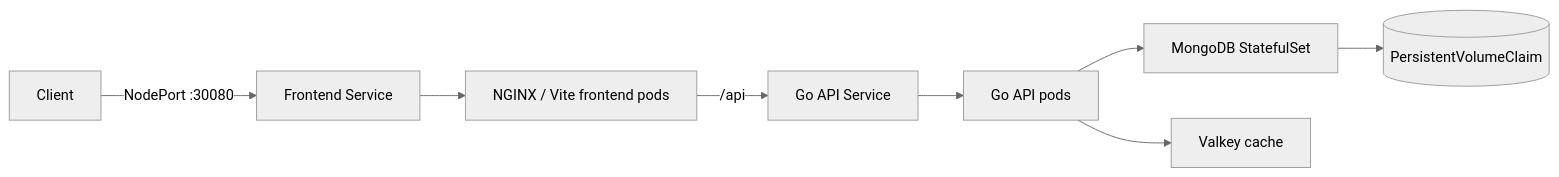
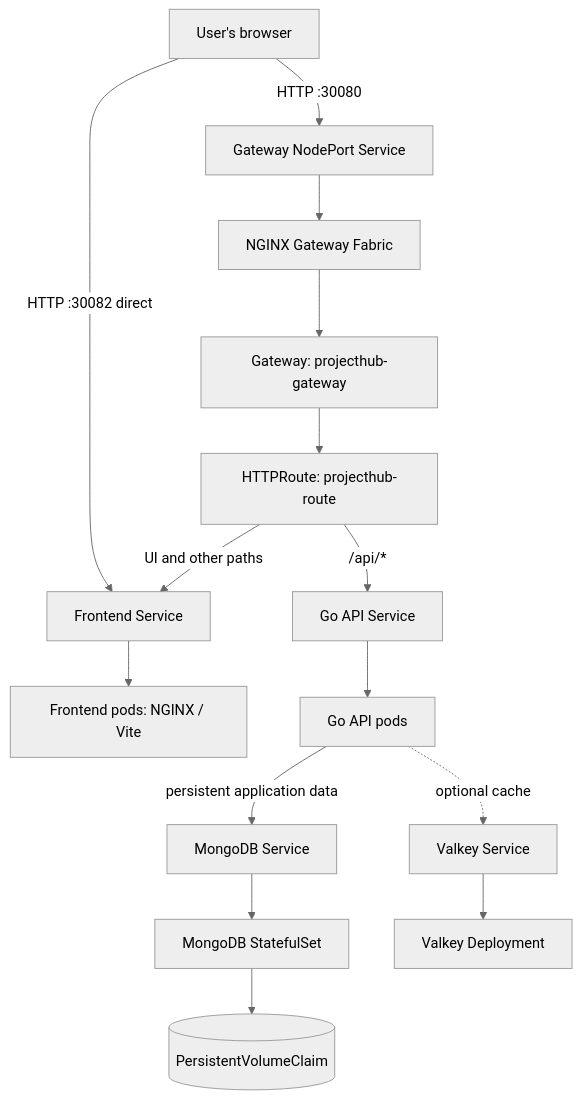
One commit to mahingaRodin/projecthub-platform changed the second of 2 diagrams in README.md. Above: the diagram before and after it, drawn with Mermaid (neutral theme). The commit also changed other lines of this file, not shown here.

Commit message:
docs: clarify ProjectHub deployment URLs and flows

````diff
--- a/README.md
+++ b/README.md
@@ -60,10 +63,17 @@
 ```mermaid
-flowchart LR
-    Client -->|NodePort :30080| FrontSvc["Frontend Service"]
-    FrontSvc --> FrontPods["NGINX / Vite frontend pods"]
-    FrontPods -->|/api| BackendSvc["Go API Service"]
-    BackendSvc --> BackendPods["Go API pods"]
-    BackendPods --> MongoSvc["MongoDB StatefulSet"]
-    BackendPods --> RedisSvc["Valkey cache"]
-    MongoSvc --> PVC[(PersistentVolumeClaim)]
+flowchart TD
+    Client["User's browser"] -->|HTTP :30080| GatewayService["Gateway NodePort Service"]
+    Client -->|HTTP :30082 direct| FrontendService["Frontend Service"]
+    GatewayService --> NGF["NGINX Gateway Fabric"]
+    NGF --> Gateway["Gateway: projecthub-gateway"]
+    Gateway --> Route["HTTPRoute: projecthub-route"]
+    Route -->|UI and other paths| FrontendService["Frontend Service"]
+    Route -->|/api/*| APIService["Go API Service"]
+    FrontendService --> FrontendPods["Frontend pods: NGINX / Vite"]
+    APIService --> APIPods["Go API pods"]
+    APIPods -->|persistent application data| MongoService["MongoDB Service"]
+    MongoService --> MongoDB["MongoDB StatefulSet"]
+    MongoDB --> PVC[("PersistentVolumeClaim")]
+    APIPods -.->|optional cache| ValkeyService["Valkey Service"]
+    ValkeyService --> Valkey["Valkey Deployment"]
 ```
````
